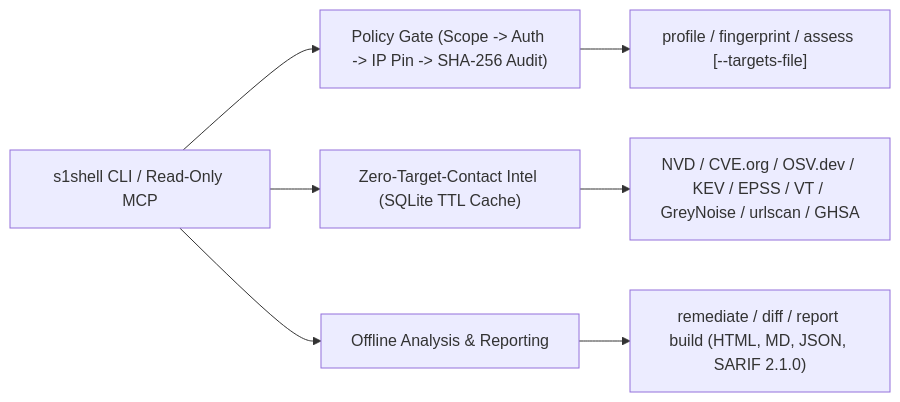
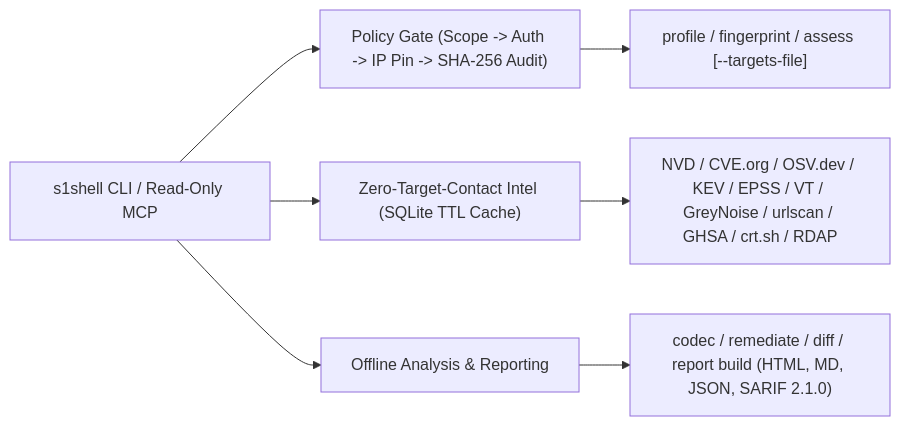
Before and after one commit to willygailo/ProjectPY: the diagram in README.md, drawn with Mermaid. The commit also changed other lines of this file and 13 other files, not shown here.

Commit message:
Release S1shell v0.4.1: offline codec module and full README update

````diff
--- a/README.md
+++ b/README.md
@@ -20,10 +20,10 @@
 ```mermaid
 flowchart LR
     CLI["s1shell CLI / Read-Only MCP"] --> GATE["Policy Gate (Scope -> Auth -> IP Pin -> SHA-256 Audit)"]
     CLI --> INTEL["Zero-Target-Contact Intel (SQLite TTL Cache)"]
     CLI --> OFFLINE["Offline Analysis & Reporting"]
 
     GATE --> TARGET["profile / fingerprint / assess [--targets-file]"]
-    INTEL --> FEEDS["NVD / CVE.org / OSV.dev / KEV / EPSS / VT / GreyNoise / urlscan / GHSA"]
-    OFFLINE --> OUT["remediate / diff / report build (HTML, MD, JSON, SARIF 2.1.0)"]
+    INTEL --> FEEDS["NVD / CVE.org / OSV.dev / KEV / EPSS / VT / GreyNoise / urlscan / GHSA / crt.sh / RDAP"]
+    OFFLINE --> OUT["codec / remediate / diff / report build (HTML, MD, JSON, SARIF 2.1.0)"]
 ```
````
